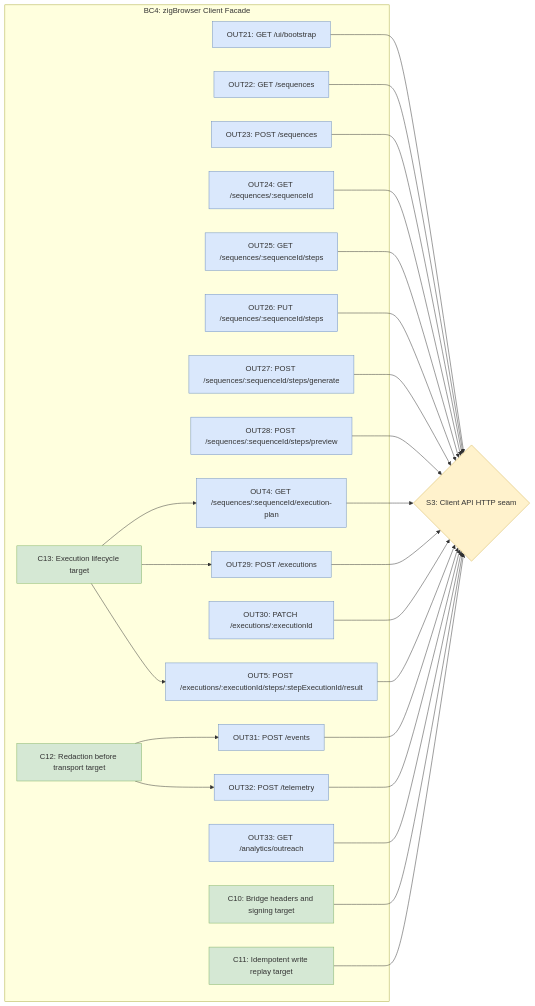
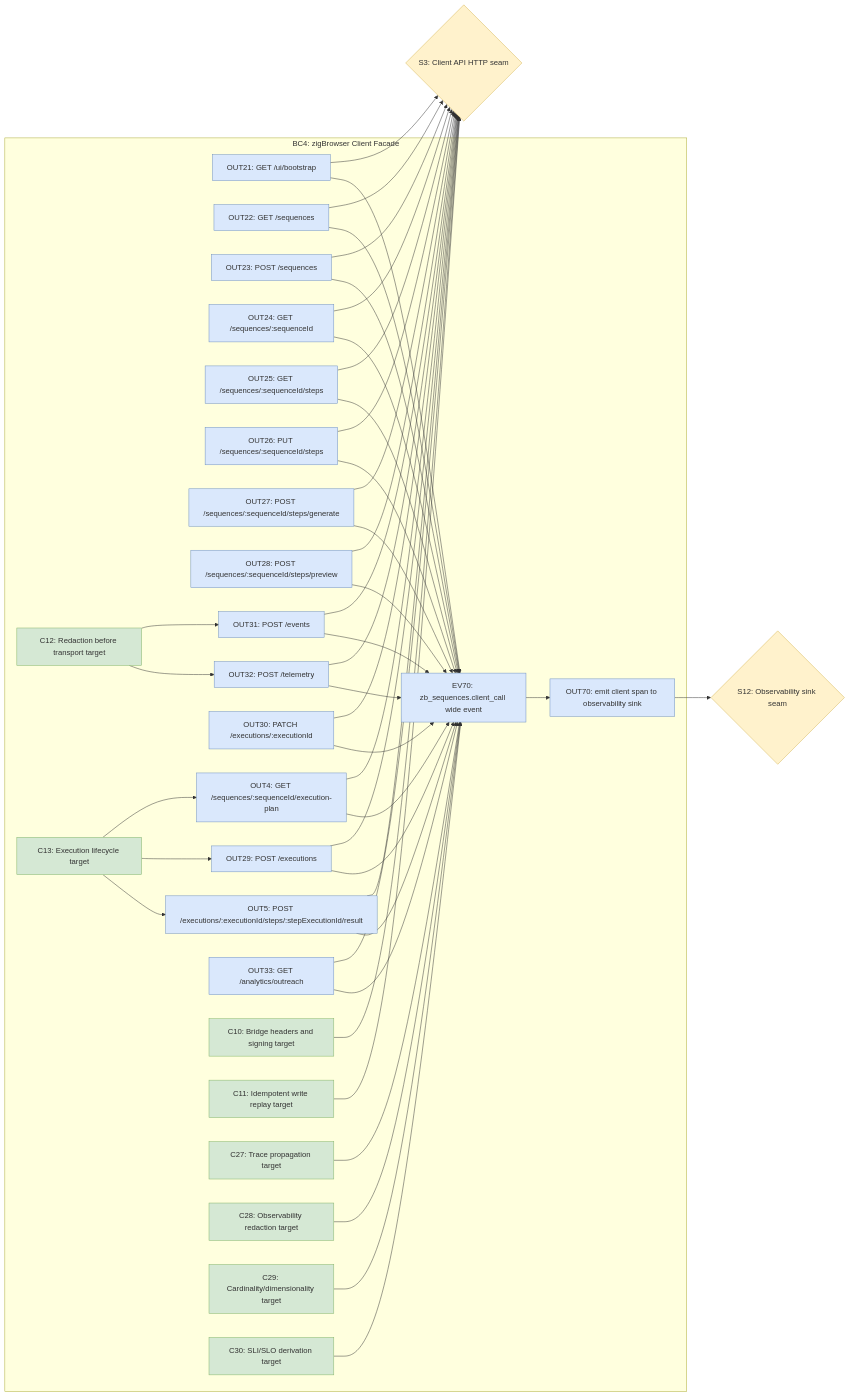
The first of 6 diagrams in thoughts/searchable/shared/plans/2026-07-10-zb-sequences-v1-bridge-spec.md (tha-hammer/zigBrowser), drawn with Mermaid before and after one commit. The commit also changed other lines of this file, not shown here.

Commit message:
Add observability to bridge spec

````diff
--- a/thoughts/searchable/shared/plans/2026-07-10-zb-sequences-v1-bridge-spec.md
+++ b/thoughts/searchable/shared/plans/2026-07-10-zb-sequences-v1-bridge-spec.md
@@ -1410,54 +1462,82 @@
 ```mermaid
 graph LR
     classDef iface fill:#dae8fc,stroke:#6c8ebf
     classDef contract fill:#d5e8d4,stroke:#82b366
     classDef seam fill:#fff2cc,stroke:#d6b656
     classDef gap fill:#f8cecc,stroke:#b85450
 
     subgraph BC4["BC4: zigBrowser Client Facade"]
         OUT21["OUT21: GET /ui/bootstrap"]:::iface
         OUT22["OUT22: GET /sequences"]:::iface
         OUT23["OUT23: POST /sequences"]:::iface
         OUT24["OUT24: GET /sequences/:sequenceId"]:::iface
         OUT25["OUT25: GET /sequences/:sequenceId/steps"]:::iface
         OUT26["OUT26: PUT /sequences/:sequenceId/steps"]:::iface
         OUT27["OUT27: POST /sequences/:sequenceId/steps/generate"]:::iface
         OUT28["OUT28: POST /sequences/:sequenceId/steps/preview"]:::iface
         OUT4["OUT4: GET /sequences/:sequenceId/execution-plan"]:::iface
         OUT29["OUT29: POST /executions"]:::iface
         OUT30["OUT30: PATCH /executions/:executionId"]:::iface
         OUT5["OUT5: POST /executions/:executionId/steps/:stepExecutionId/result"]:::iface
         OUT31["OUT31: POST /events"]:::iface
         OUT32["OUT32: POST /telemetry"]:::iface
         OUT33["OUT33: GET /analytics/outreach"]:::iface
+        OUT70["OUT70: emit client span to observability sink"]:::iface
+        EV70["EV70: zb_sequences.client_call wide event"]:::iface
         C10["C10: Bridge headers and signing target"]:::contract
         C11["C11: Idempotent write replay target"]:::contract
         C12["C12: Redaction before transport target"]:::contract
         C13["C13: Execution lifecycle target"]:::contract
+        C27["C27: Trace propagation target"]:::contract
+        C28["C28: Observability redaction target"]:::contract
+        C29["C29: Cardinality/dimensionality target"]:::contract
+        C30["C30: SLI/SLO derivation target"]:::contract
     end
 
     S3{"S3: Client API HTTP seam"}:::seam
+    S12{"S12: Observability sink seam"}:::seam
 
     OUT21 --> S3
     OUT22 --> S3
     OUT23 --> S3
     OUT24 --> S3
     OUT25 --> S3
     OUT26 --> S3
     OUT27 --> S3
     OUT28 --> S3
     OUT4 --> S3
     OUT29 --> S3
     OUT30 --> S3
     OUT5 --> S3
     OUT31 --> S3
     OUT32 --> S3
     OUT33 --> S3
+    OUT21 --> EV70
+    OUT22 --> EV70
+    OUT23 --> EV70
+    OUT24 --> EV70
+    OUT25 --> EV70
+    OUT26 --> EV70
+    OUT27 --> EV70
+    OUT28 --> EV70
+    OUT4 --> EV70
+    OUT29 --> EV70
+    OUT30 --> EV70
+    OUT5 --> EV70
+    OUT31 --> EV70
+    OUT32 --> EV70
+    OUT33 --> EV70
+    EV70 --> OUT70
+    OUT70 --> S12
     C10 --> S3
     C11 --> S3
     C12 --> OUT31
     C12 --> OUT32
     C13 --> OUT4
     C13 --> OUT29
     C13 --> OUT5
+    C27 --> EV70
+    C28 --> EV70
+    C29 --> EV70
+    C30 --> EV70
 ```
````
